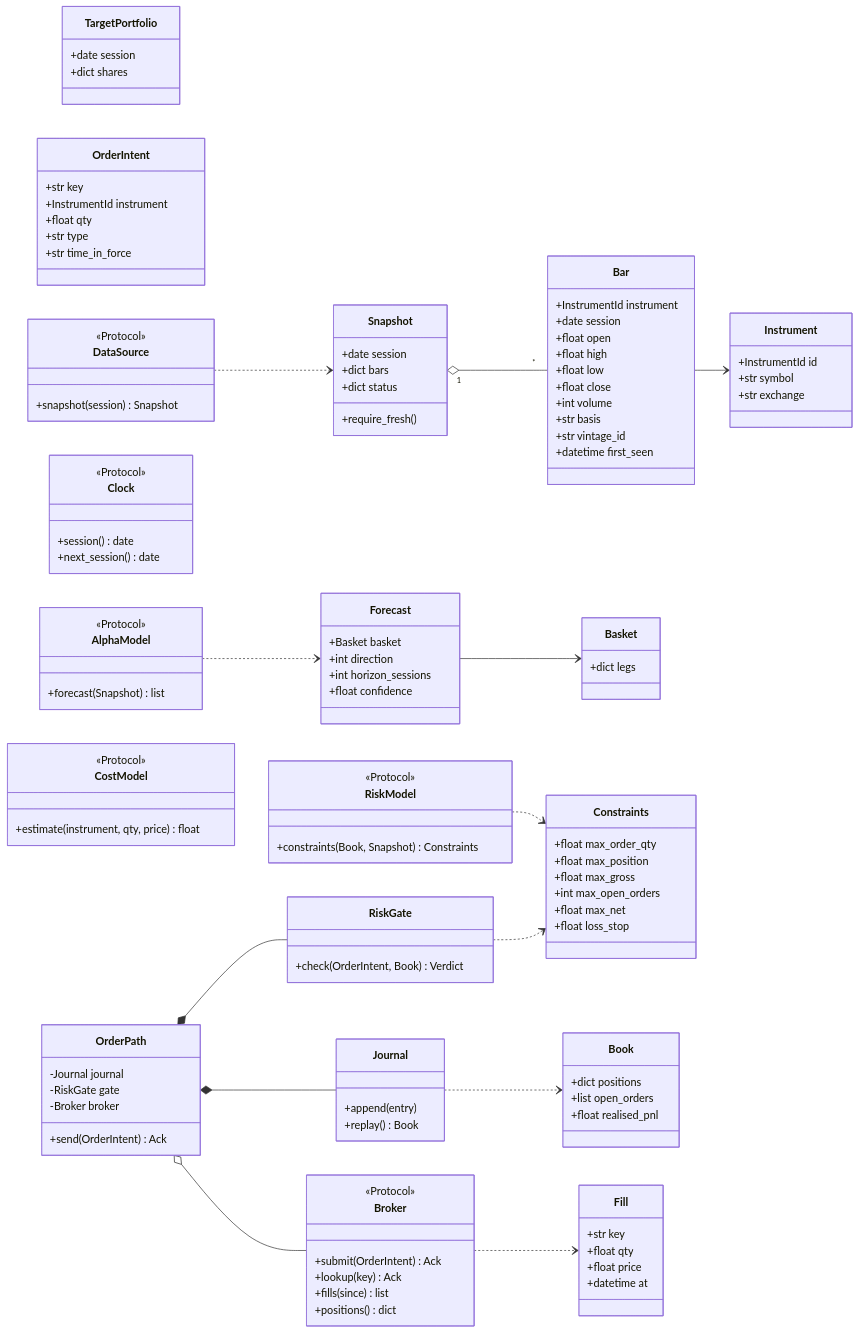
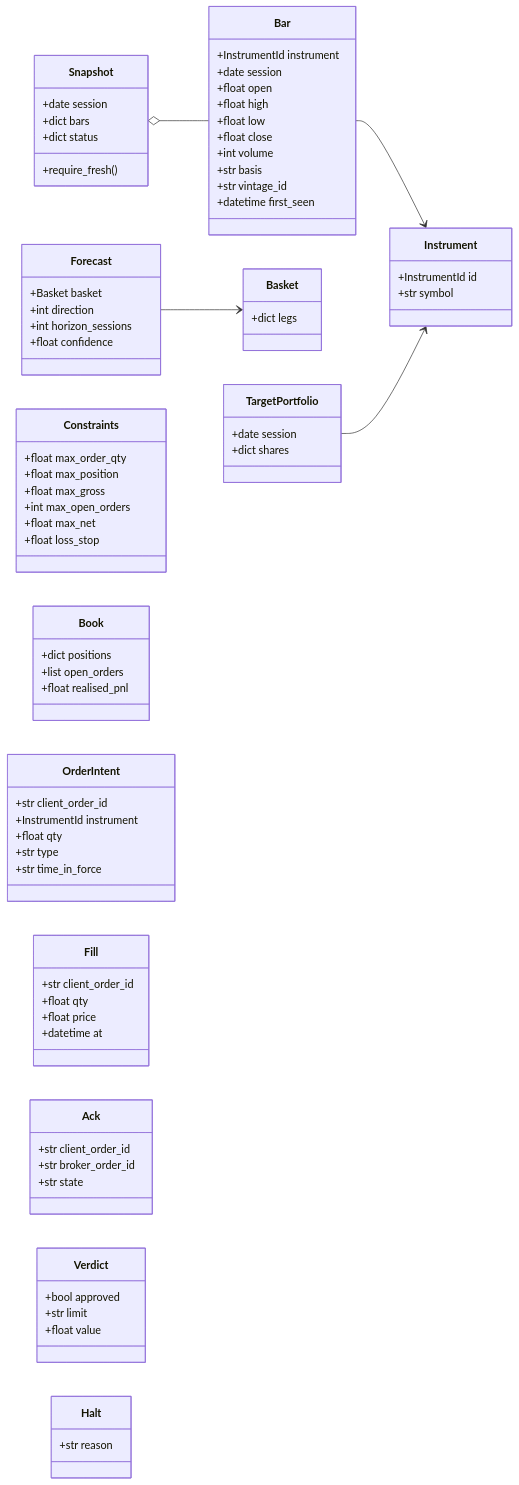
The tenth of 16 diagrams in docs/architecture.md (l3a0/ithildin-runtime), drawn with Mermaid before and after one commit. The commit also changed other lines of this file, not shown here.

First line of the commit message:
docs(architecture): apply the review's verified findings

````diff
--- a/docs/architecture.md
+++ b/docs/architecture.md
@@ -446,7 +585,6 @@
     class Instrument {
         +InstrumentId id
         +str symbol
-        +str exchange
     }
     class Bar {
         +InstrumentId instrument
@@ -493,72 +631,34 @@
         +float realised_pnl
     }
     class OrderIntent {
-        +str key
+        +str client_order_id
         +InstrumentId instrument
         +float qty
         +str type
         +str time_in_force
     }
     class Fill {
-        +str key
+        +str client_order_id
         +float qty
         +float price
         +datetime at
     }
-
-    class DataSource {
-        <<Protocol>>
-        +snapshot(session) Snapshot
+    class Ack {
+        +str client_order_id
+        +str broker_order_id
+        +str state
     }
-    class Clock {
-        <<Protocol>>
-        +session() date
-        +next_session() date
+    class Verdict {
+        +bool approved
+        +str limit
+        +float value
     }
-    class Broker {
-        <<Protocol>>
-        +submit(OrderIntent) Ack
-        +lookup(key) Ack
-        +fills(since) list
-        +positions() dict
-    }
-    class AlphaModel {
-        <<Protocol>>
-        +forecast(Snapshot) list
-    }
-    class RiskModel {
-        <<Protocol>>
-        +constraints(Book, Snapshot) Constraints
-    }
-    class CostModel {
-        <<Protocol>>
-        +estimate(instrument, qty, price) float
+    class Halt {
+        +str reason
     }
 
-    class OrderPath {
-        -Journal journal
-        -RiskGate gate
-        -Broker broker
-        +send(OrderIntent) Ack
-    }
-    class Journal {
-        +append(entry)
-        +replay() Book
-    }
-    class RiskGate {
-        +check(OrderIntent, Book) Verdict
-    }
-
-    Snapshot "1" o-- "*" Bar
+    Snapshot o-- Bar
     Bar --> Instrument
     Forecast --> Basket
-    DataSource ..> Snapshot
-    AlphaModel ..> Forecast
-    RiskModel ..> Constraints
-    RiskGate ..> Constraints
-    OrderPath *-- Journal
-    OrderPath *-- RiskGate
-    OrderPath o-- Broker
-    Journal ..> Book
-    Broker ..> Fill
+    TargetPortfolio --> Instrument
 ```
````
